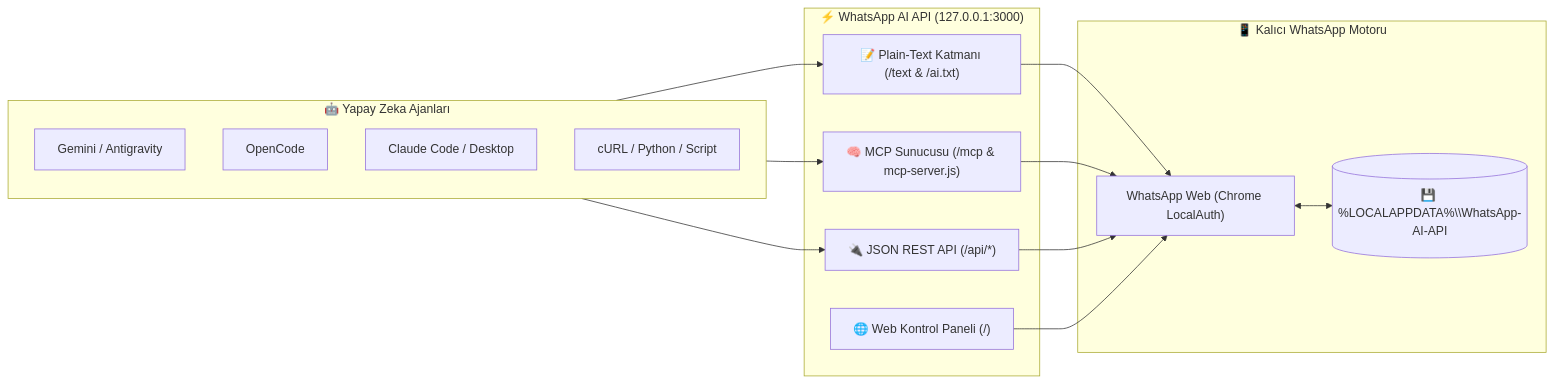
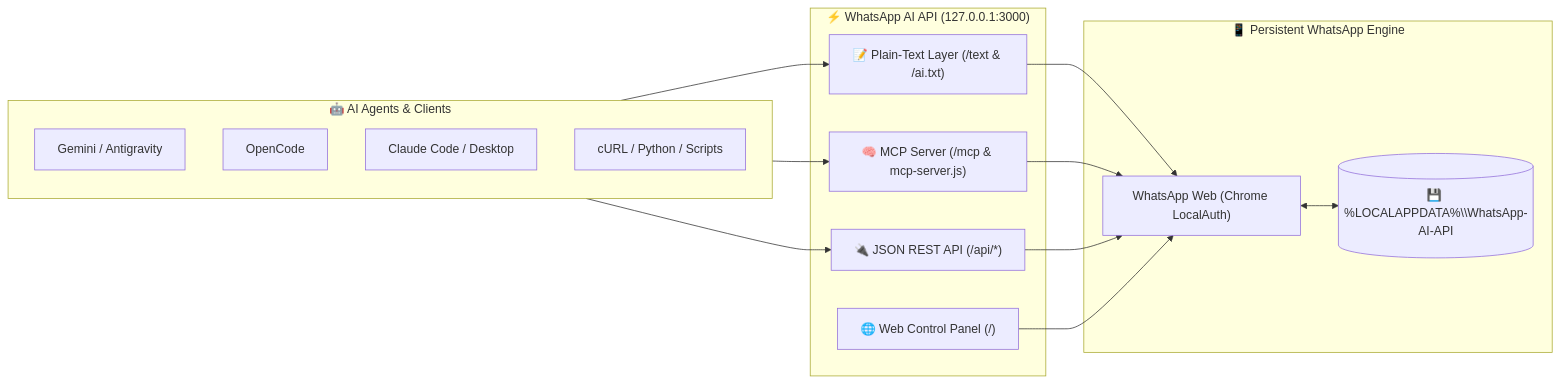
One commit to ze-nox-studio/whatsapp-ai-api changed the diagram in README.md. Above: the diagram before and after it, drawn with Mermaid. The commit also changed other lines of this file and 1 other file, not shown here.

````diff
--- a/README.md
+++ b/README.md
@@ -31,30 +31,30 @@
 ```mermaid
 flowchart LR
-    subgraph AI["🤖 Yapay Zeka Ajanları"]
+    subgraph AI["🤖 AI Agents & Clients"]
         G["Gemini / Antigravity"]
         O["OpenCode"]
         C["Claude Code / Desktop"]
-        W["cURL / Python / Script"]
+        W["cURL / Python / Scripts"]
     end
 
     subgraph Bridge["⚡ WhatsApp AI API (127.0.0.1:3000)"]
-        PT["📝 Plain-Text Katmanı (/text & /ai.txt)"]
-        MCP["🧠 MCP Sunucusu (/mcp & mcp-server.js)"]
+        PT["📝 Plain-Text Layer (/text & /ai.txt)"]
+        MCP["🧠 MCP Server (/mcp & mcp-server.js)"]
         REST["🔌 JSON REST API (/api/*)"]
-        UI["🌐 Web Kontrol Paneli (/)"]
+        UI["🌐 Web Control Panel (/)"]
     end
 
-    subgraph Engine["📱 Kalıcı WhatsApp Motoru"]
+    subgraph Engine["📱 Persistent WhatsApp Engine"]
         WA["WhatsApp Web (Chrome LocalAuth)"]
         DB[("💾 %LOCALAPPDATA%\\WhatsApp-AI-API")]
     end
 
     AI --> PT
     AI --> MCP
     AI --> REST
     PT --> WA
     MCP --> WA
     REST --> WA
     UI --> WA
     WA <--> DB
 ```
````
